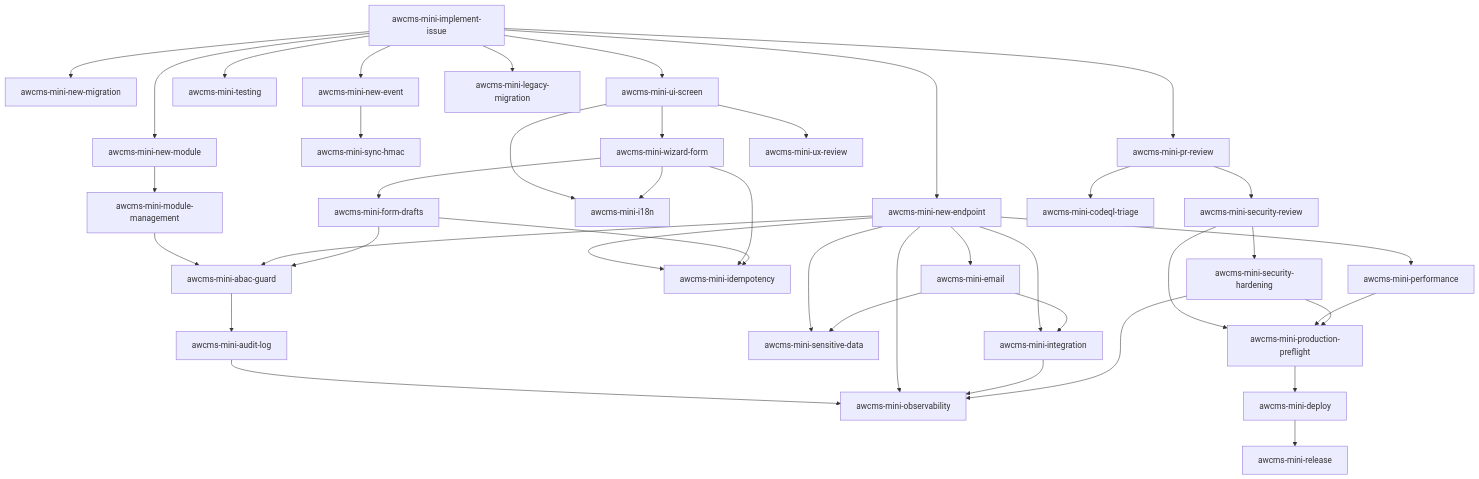
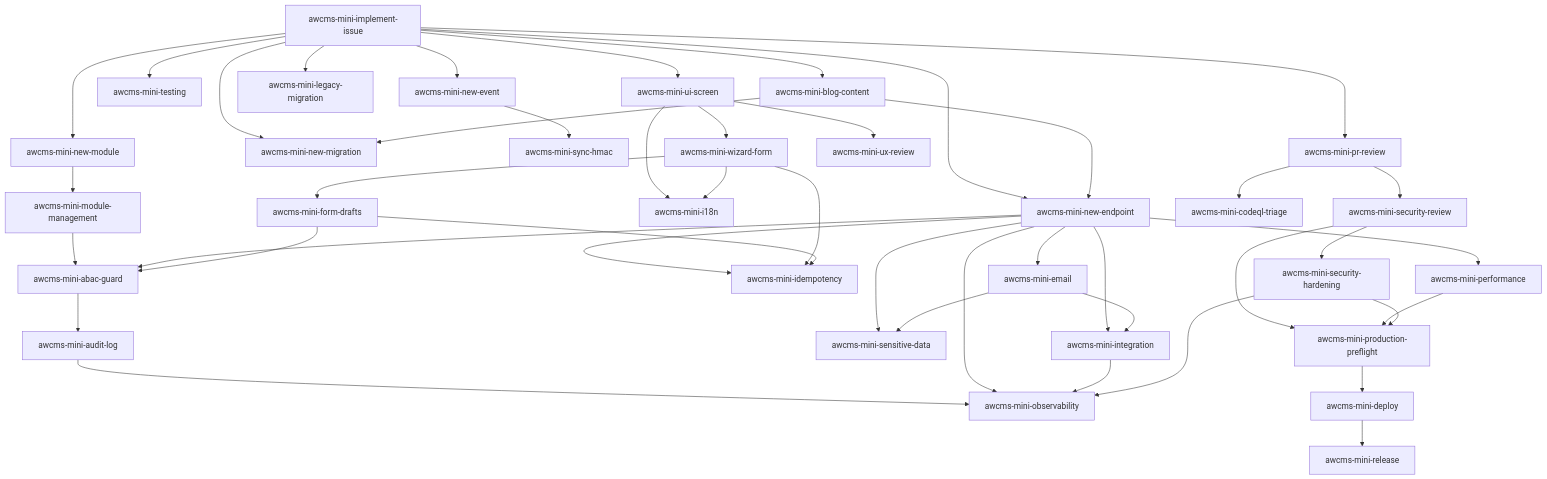
One commit to ahliweb/awcms-mini changed the diagram in .claude/skills/README.md. Above: the diagram before and after it, drawn with Mermaid. The commit also changed other lines of this file and 18 other files, not shown here.

First line of the commit message:
feat(blog-content): scaffold blog_content module foundation (Issue #537) (#545)

````diff
--- a/.claude/skills/README.md
+++ b/.claude/skills/README.md
@@ -60,44 +61,47 @@
 ```mermaid
 flowchart TD
   II[awcms-mini-implement-issue] --> NM[awcms-mini-new-module]
   NM --> MM[awcms-mini-module-management]
   MM --> ABAC
   II --> MIG[awcms-mini-new-migration]
   II --> EP[awcms-mini-new-endpoint]
   II --> EV[awcms-mini-new-event]
   II --> TST[awcms-mini-testing]
   EP --> ABAC[awcms-mini-abac-guard]
   EP --> IDEM[awcms-mini-idempotency]
   ABAC --> AUD[awcms-mini-audit-log]
   AUD --> OBS[awcms-mini-observability]
   EP --> OBS
   EP --> SD[awcms-mini-sensitive-data]
   EV --> SYNC[awcms-mini-sync-hmac]
   II --> UI[awcms-mini-ui-screen]
   UI --> I18N[awcms-mini-i18n]
   UI --> WIZ[awcms-mini-wizard-form]
   WIZ --> IDEM
   WIZ --> I18N
   WIZ --> DRAFT[awcms-mini-form-drafts]
   DRAFT --> IDEM
   DRAFT --> ABAC
   II --> LEG[awcms-mini-legacy-migration]
+  II --> BLOG[awcms-mini-blog-content]
+  BLOG --> EP
+  BLOG --> MIG
   II --> PR[awcms-mini-pr-review]
   PR --> SEC[awcms-mini-security-review]
   PR --> CQ[awcms-mini-codeql-triage]
   SEC --> PF[awcms-mini-production-preflight]
   PF --> DEP[awcms-mini-deploy]
   DEP --> REL[awcms-mini-release]
 
   UI --> UXR[awcms-mini-ux-review]
   EP --> PERF[awcms-mini-performance]
   EP --> INT[awcms-mini-integration]
   INT --> OBS
   SEC --> HARD[awcms-mini-security-hardening]
   HARD --> OBS
   PERF --> PF
   HARD --> PF
   EP --> EMAIL[awcms-mini-email]
   EMAIL --> INT
   EMAIL --> SD
 ```
````
